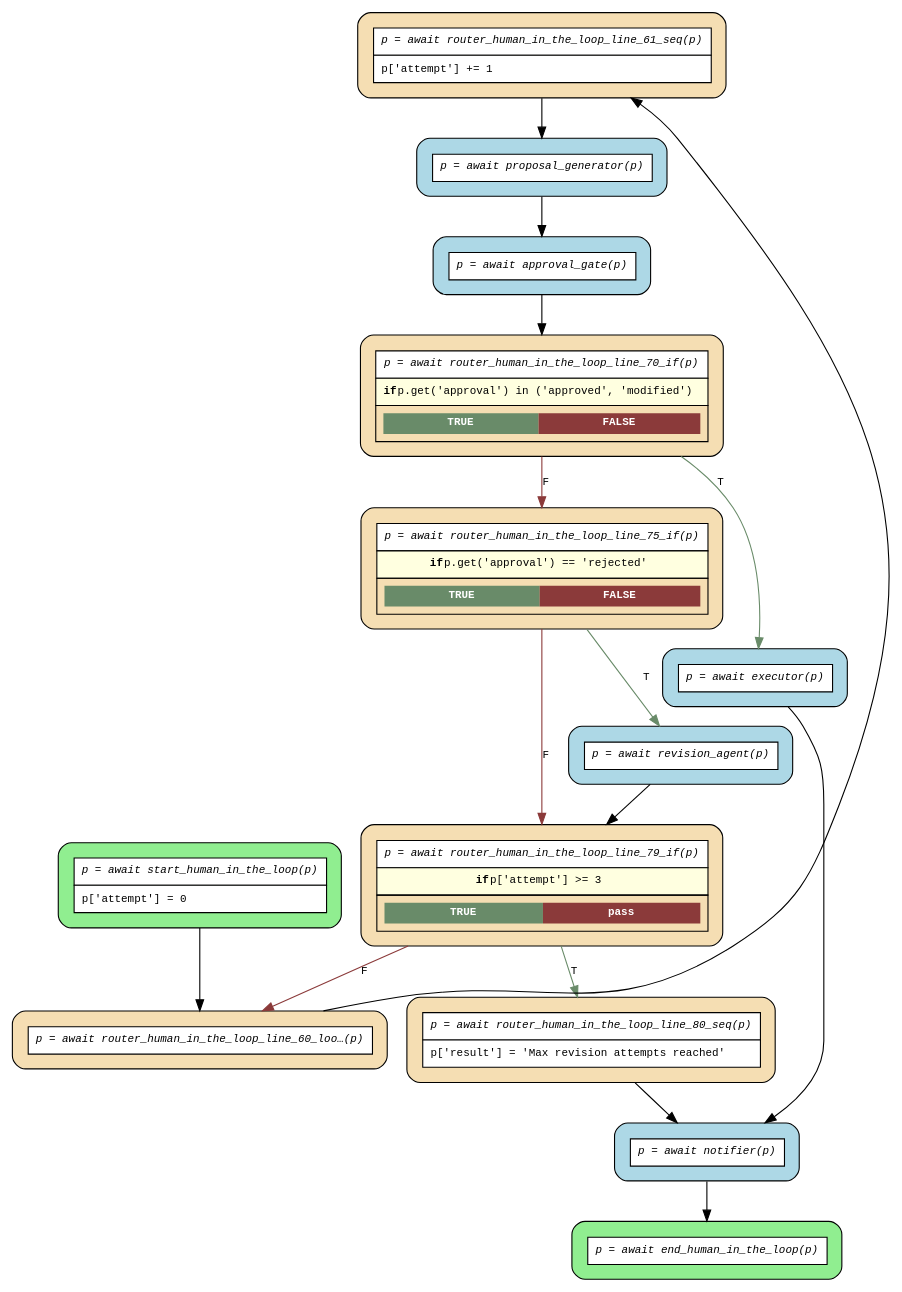
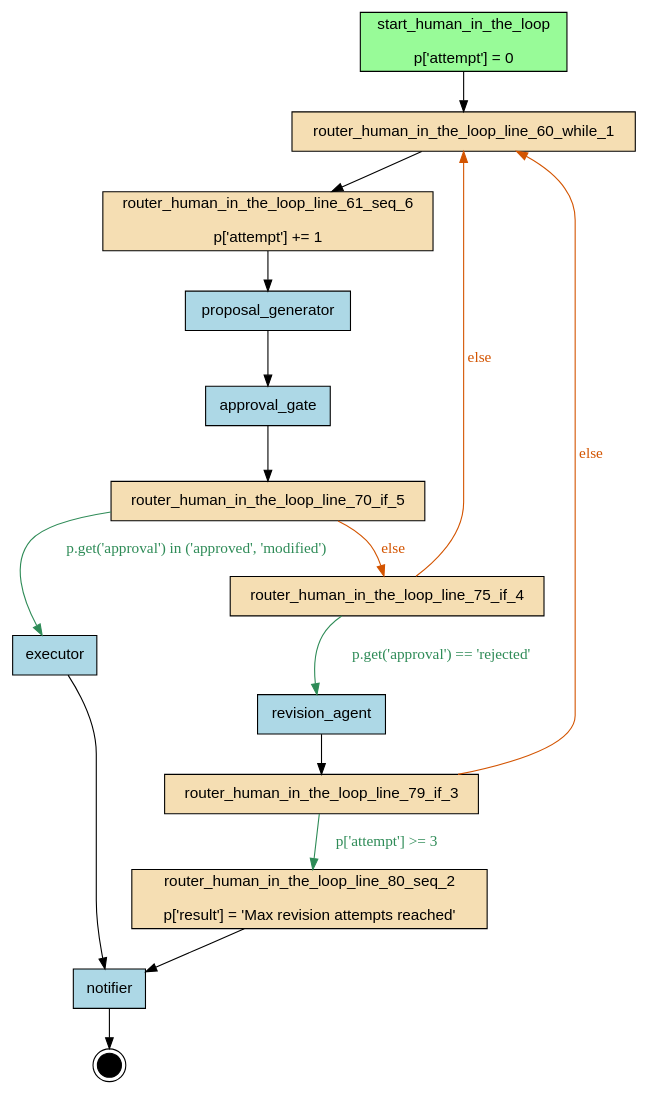
One commit to deliveryhero/asya changed the diagram in examples/flows/agentic/compiled/human_in_the_loop/flow.dot. Above: the diagram before and after it, drawn with Graphviz. The commit also changed 413 other files, not shown here.

First line of the commit message:
refactor(compiler): Phase 1 — replace ir/grouper/dotgen with analyzer/graphgen (#337)

```diff
--- a/examples/flows/agentic/compiled/human_in_the_loop/flow.dot
+++ b/examples/flows/agentic/compiled/human_in_the_loop/flow.dot
@@ -1,36 +1,37 @@
-digraph flow {
-  rankdir=TB;
-  graph [fontname="Courier", fontsize=10];
-  node [fontname="Courier", fontsize=10, shape=box, style="filled,rounded", margin="0.2"];
-  edge [fontname="Courier", fontsize=10];
+digraph "human_in_the_loop" {
+    rankdir=TB;
+    node [shape=box, style=filled, fontname="Helvetica"];
 
-  start_human_in_the_loop [fillcolor="lightgreen", group="main", label=<<table border="0" cellspacing="0" cellpadding="6" cellborder="1"><tr><td bgcolor="white" align="center"><i>p = await start_human_in_the_loop(p)</i></td></tr><tr><td bgcolor="white" align="left">p['attempt'] = 0</td></tr></table>>];
-  router_human_in_the_loop_line_75_if [fillcolor="wheat", group="main", label=<<table border="0" cellspacing="0" cellpadding="6" cellborder="1"><tr><td bgcolor="white" align="center"><i>p = await router_human_in_the_loop_line_75_if(p)</i></td></tr><tr><td bgcolor="lightyellow"><b>if</b> p.get('approval') == 'rejected'</td></tr><tr><td><table border="0" cellspacing="0" cellpadding="4"><tr><td bgcolor="darkseagreen4"><font color="white"><b>TRUE</b></font></td><td bgcolor="indianred4"><font color="white"><b>FALSE</b></font></td></tr></table></td></tr></table>>];
-  router_human_in_the_loop_line_80_seq [fillcolor="wheat", group="main", label=<<table border="0" cellspacing="0" cellpadding="6" cellborder="1"><tr><td bgcolor="white" align="center"><i>p = await router_human_in_the_loop_line_80_seq(p)</i></td></tr><tr><td bgcolor="white" align="left">p['result'] = 'Max revision attempts reached'</td></tr></table>>];
-  router_human_in_the_loop_line_79_if [fillcolor="wheat", group="main", label=<<table border="0" cellspacing="0" cellpadding="6" cellborder="1"><tr><td bgcolor="white" align="center"><i>p = await router_human_in_the_loop_line_79_if(p)</i></td></tr><tr><td bgcolor="lightyellow"><b>if</b> p['attempt'] &gt;= 3</td></tr><tr><td><table border="0" cellspacing="0" cellpadding="4"><tr><td bgcolor="darkseagreen4"><font color="white"><b>TRUE</b></font></td><td bgcolor="indianred4"><font color="white"><b>pass</b></font></td></tr></table></td></tr></table>>];
-  router_human_in_the_loop_line_70_if [fillcolor="wheat", group="main", label=<<table border="0" cellspacing="0" cellpadding="6" cellborder="1"><tr><td bgcolor="white" align="center"><i>p = await router_human_in_the_loop_line_70_if(p)</i></td></tr><tr><td bgcolor="lightyellow"><b>if</b> p.get('approval') in ('approved', 'modified')</td></tr><tr><td><table border="0" cellspacing="0" cellpadding="4"><tr><td bgcolor="darkseagreen4"><font color="white"><b>TRUE</b></font></td><td bgcolor="indianred4"><font color="white"><b>FALSE</b></font></td></tr></table></td></tr></table>>];
-  router_human_in_the_loop_line_61_seq [fillcolor="wheat", group="main", label=<<table border="0" cellspacing="0" cellpadding="6" cellborder="1"><tr><td bgcolor="white" align="center"><i>p = await router_human_in_the_loop_line_61_seq(p)</i></td></tr><tr><td bgcolor="white" align="left">p['attempt'] += 1</td></tr></table>>];
-  router_human_in_the_loop_line_60_loop_back_0 [fillcolor="wheat", group="main", label=<<table border="0" cellspacing="0" cellpadding="6" cellborder="1"><tr><td bgcolor="white" align="center"><i>p = await router_human_in_the_loop_line_60_loo…(p)</i></td></tr></table>>];
-  end_human_in_the_loop [fillcolor="lightgreen", group="main", label=<<table border="0" cellspacing="0" cellpadding="6" cellborder="1"><tr><td bgcolor="white" align="center"><i>p = await end_human_in_the_loop(p)</i></td></tr></table>>];
-  approval_gate [fillcolor="lightblue", label=<<table border="0" cellspacing="0" cellpadding="6" cellborder="1"><tr><td bgcolor="white" align="center"><i>p = await approval_gate(p)</i></td></tr></table>>];
-  executor [fillcolor="lightblue", label=<<table border="0" cellspacing="0" cellpadding="6" cellborder="1"><tr><td bgcolor="white" align="center"><i>p = await executor(p)</i></td></tr></table>>];
-  notifier [fillcolor="lightblue", label=<<table border="0" cellspacing="0" cellpadding="6" cellborder="1"><tr><td bgcolor="white" align="center"><i>p = await notifier(p)</i></td></tr></table>>];
-  proposal_generator [fillcolor="lightblue", label=<<table border="0" cellspacing="0" cellpadding="6" cellborder="1"><tr><td bgcolor="white" align="center"><i>p = await proposal_generator(p)</i></td></tr></table>>];
-  revision_agent [fillcolor="lightblue", label=<<table border="0" cellspacing="0" cellpadding="6" cellborder="1"><tr><td bgcolor="white" align="center"><i>p = await revision_agent(p)</i></td></tr></table>>];
+    { rank=source; start_human_in_the_loop; }
 
-  approval_gate -> router_human_in_the_loop_line_70_if;
-  executor -> notifier;
-  notifier -> end_human_in_the_loop;
-  proposal_generator -> approval_gate;
-  revision_agent -> router_human_in_the_loop_line_79_if;
-  router_human_in_the_loop_line_60_loop_back_0 -> router_human_in_the_loop_line_61_seq [constraint=false];
-  router_human_in_the_loop_line_61_seq -> proposal_generator;
-  router_human_in_the_loop_line_70_if -> executor [label="T", color=darkseagreen4];
-  router_human_in_the_loop_line_70_if -> router_human_in_the_loop_line_75_if [label="F", color=indianred4];
-  router_human_in_the_loop_line_75_if -> revision_agent [label="T", color=darkseagreen4];
-  router_human_in_the_loop_line_75_if -> router_human_in_the_loop_line_79_if [label="F", color=indianred4];
-  router_human_in_the_loop_line_79_if -> router_human_in_the_loop_line_60_loop_back_0 [label="F", color=indianred4];
-  router_human_in_the_loop_line_79_if -> router_human_in_the_loop_line_80_seq [label="T", color=darkseagreen4];
-  router_human_in_the_loop_line_80_seq -> notifier;
-  start_human_in_the_loop -> router_human_in_the_loop_line_60_loop_back_0;
+    approval_gate [label="approval_gate", fillcolor=lightblue];
+    executor [label="executor", fillcolor=lightblue];
+    notifier [label="notifier", fillcolor=lightblue];
+    proposal_generator [label="proposal_generator", fillcolor=lightblue];
+    revision_agent [label="revision_agent", fillcolor=lightblue];
+    router_human_in_the_loop_line_60_while_1 [label="router_human_in_the_loop_line_60_while_1", fillcolor=wheat];
+    router_human_in_the_loop_line_61_seq_6 [label="router_human_in_the_loop_line_61_seq_6\n\np['attempt'] += 1", fillcolor=wheat];
+    router_human_in_the_loop_line_70_if_5 [label="router_human_in_the_loop_line_70_if_5", fillcolor=wheat];
+    router_human_in_the_loop_line_75_if_4 [label="router_human_in_the_loop_line_75_if_4", fillcolor=wheat];
+    router_human_in_the_loop_line_79_if_3 [label="router_human_in_the_loop_line_79_if_3", fillcolor=wheat];
+    router_human_in_the_loop_line_80_seq_2 [label="router_human_in_the_loop_line_80_seq_2\n\np['result'] = 'Max revision attempts reached'", fillcolor=wheat];
+    start_human_in_the_loop [label="start_human_in_the_loop\n\np['attempt'] = 0", fillcolor=palegreen];
+
+    __end__ [label="", shape=doublecircle, fillcolor=black, width=0.3, fixedsize=true];
+
+    start_human_in_the_loop -> router_human_in_the_loop_line_60_while_1;
+    router_human_in_the_loop_line_80_seq_2 -> notifier;
+    router_human_in_the_loop_line_79_if_3 -> router_human_in_the_loop_line_80_seq_2 [label="p['attempt'] >= 3", color="#2E8B57", fontcolor="#2E8B57"];
+    router_human_in_the_loop_line_75_if_4 -> revision_agent [label="p.get('approval') == 'rejected'", color="#2E8B57", fontcolor="#2E8B57"];
+    router_human_in_the_loop_line_70_if_5 -> router_human_in_the_loop_line_75_if_4 [label="else", color="#D35400", fontcolor="#D35400"];
+    router_human_in_the_loop_line_70_if_5 -> executor [label="p.get('approval') in ('approved', 'modified')", color="#2E8B57", fontcolor="#2E8B57"];
+    executor -> notifier;
+    router_human_in_the_loop_line_61_seq_6 -> proposal_generator;
+    proposal_generator -> approval_gate;
+    approval_gate -> router_human_in_the_loop_line_70_if_5;
+    router_human_in_the_loop_line_60_while_1 -> router_human_in_the_loop_line_61_seq_6;
+    revision_agent -> router_human_in_the_loop_line_79_if_3;
+    router_human_in_the_loop_line_79_if_3 -> router_human_in_the_loop_line_60_while_1 [label="else", color="#D35400", fontcolor="#D35400"];
+    router_human_in_the_loop_line_75_if_4 -> router_human_in_the_loop_line_60_while_1 [label="else", color="#D35400", fontcolor="#D35400"];
+    notifier -> __end__;
 }
```
